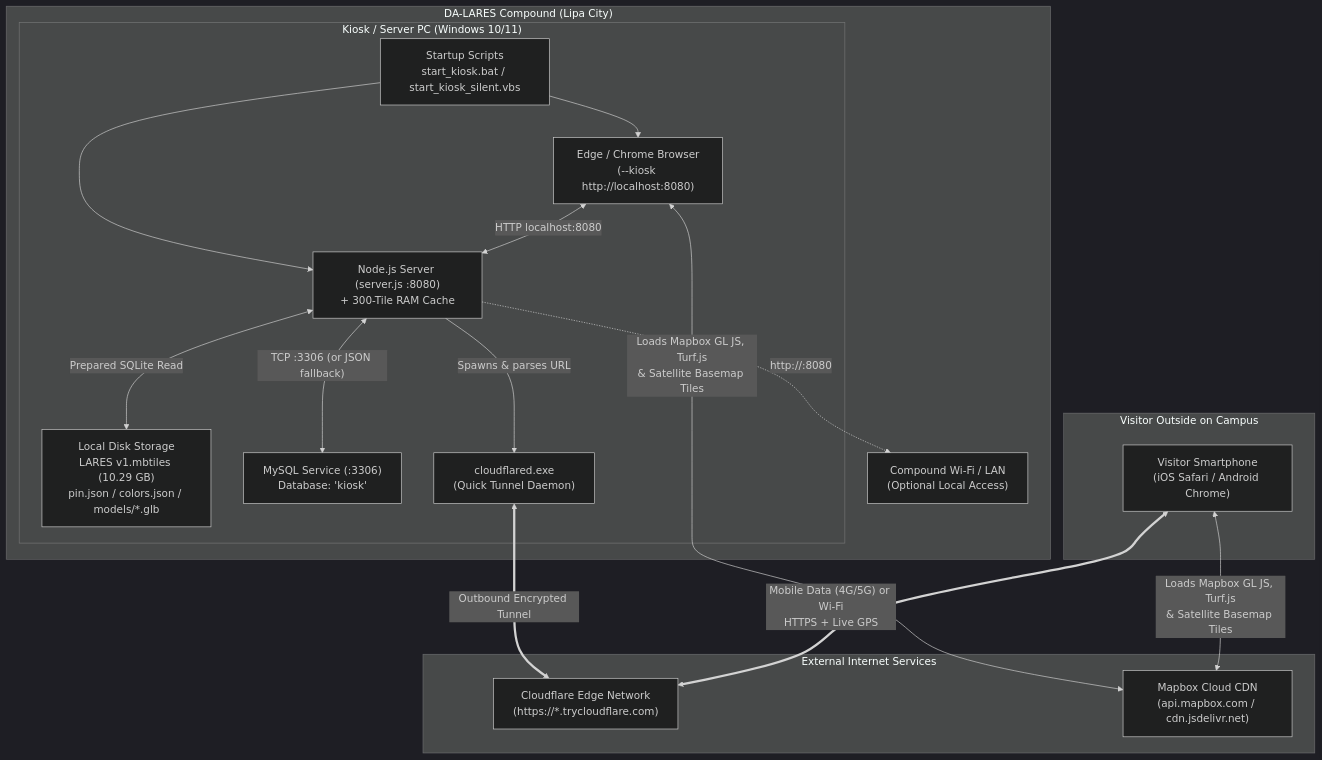
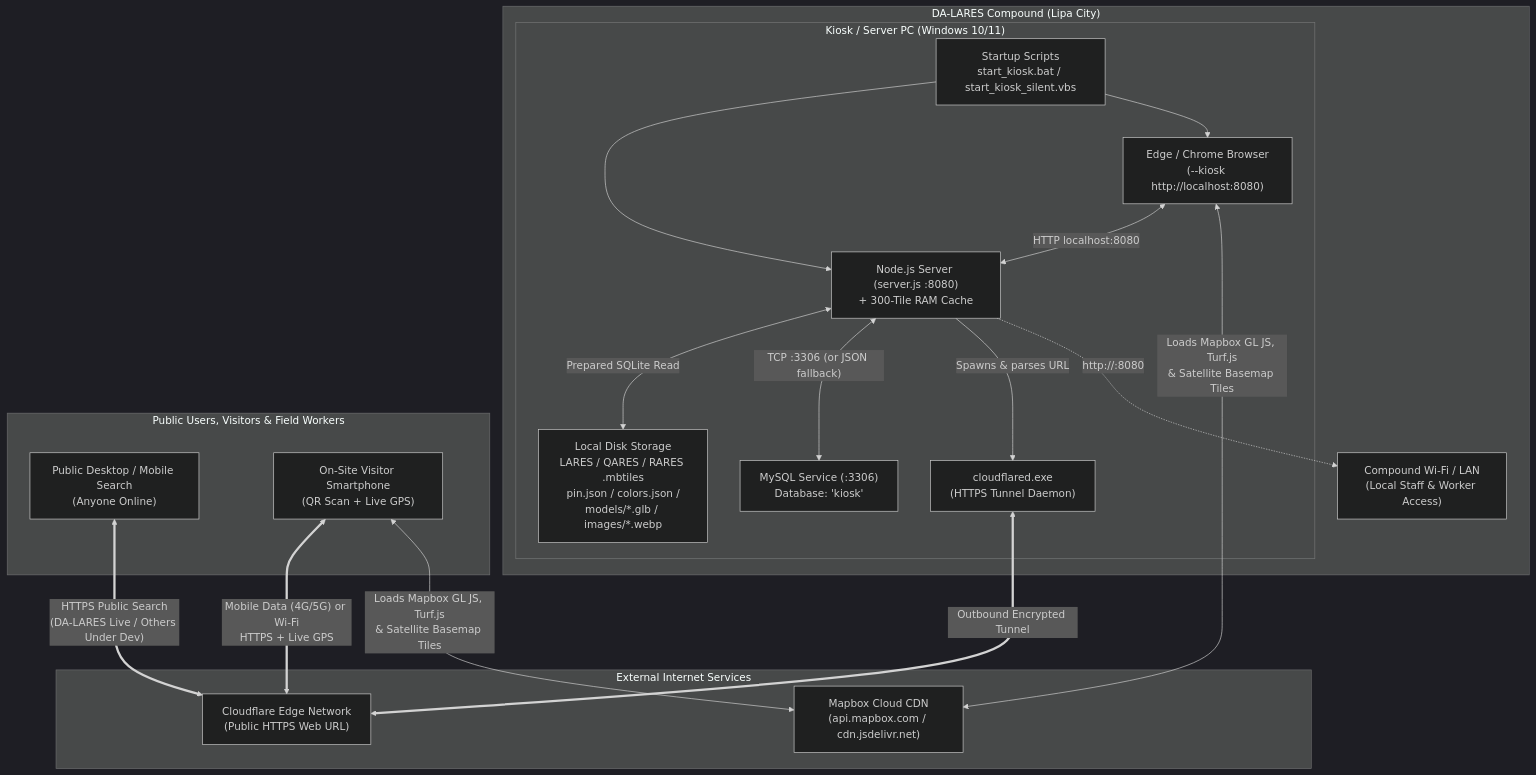
The seventh of 7 diagrams in docs/00-system-overview.md (EarthJeune/map), drawn with Mermaid (dark theme) before and after one commit. The commit also changed other lines of this file and 182 other files, not shown here.

Commit message:
Checkpoint: Multi-station Option C 3D layers, WebP images, modular CSS, MBTiles optimizer, and complete 00-06 docs

````diff
--- a/docs/00-system-overview.md
+++ b/docs/00-system-overview.md
@@ -450,37 +439,39 @@
 ```mermaid
 flowchart TD
     subgraph CompoundLAN["DA-LARES Compound (Lipa City)"]
         subgraph KioskPC["Kiosk / Server PC (Windows 10/11)"]
             Launcher["Startup Scripts\nstart_kiosk.bat / start_kiosk_silent.vbs"]
             Edge["Edge / Chrome Browser\n(--kiosk http://localhost:8080)"]
             Node["Node.js Server (server.js :8080)\n+ 300-Tile RAM Cache"]
-            SQLite["Local Disk Storage\nLARES v1.mbtiles (10.29 GB)\npin.json / colors.json / models/*.glb"]
+            SQLite["Local Disk Storage\nLARES / QARES / RARES .mbtiles\npin.json / colors.json /\nmodels/*.glb / images/*.webp"]
             MySQLLocal["MySQL Service (:3306)\nDatabase: 'kiosk'"]
-            Cloudflared["cloudflared.exe\n(Quick Tunnel Daemon)"]
+            Cloudflared["cloudflared.exe\n(HTTPS Tunnel Daemon)"]
 
             Launcher --> Node
             Launcher --> Edge
             Edge <-->|"HTTP localhost:8080"| Node
             Node <-->|"Prepared SQLite Read"| SQLite
             Node <-->|"TCP :3306 (or JSON fallback)"| MySQLLocal
             Node -->|"Spawns & parses URL"| Cloudflared
         end
 
-        WiFi["Compound Wi-Fi / LAN\n(Optional Local Access)"]
+        WiFi["Compound Wi-Fi / LAN\n(Local Staff & Worker Access)"]
         Node -.->|"http://<LAN-IP>:8080"| WiFi
     end
 
     subgraph Cloud["External Internet Services"]
-        CFTunnel["Cloudflare Edge Network\n(https://*.trycloudflare.com)"]
+        CFTunnel["Cloudflare Edge Network\n(Public HTTPS Web URL)"]
         MapboxCloud["Mapbox Cloud CDN\n(api.mapbox.com / cdn.jsdelivr.net)"]
     end
 
-    subgraph VisitorDevice["Visitor Outside on Campus"]
-        Smartphone["Visitor Smartphone\n(iOS Safari / Android Chrome)"]
+    subgraph ExternalUsers["Public Users, Visitors & Field Workers"]
+        PublicWeb["Public Desktop / Mobile Search\n(Anyone Online)"]
+        Smartphone["On-Site Visitor Smartphone\n(QR Scan + Live GPS)"]
     end
 
     Cloudflared <==>|"Outbound Encrypted Tunnel"| CFTunnel
+    PublicWeb <==>|"HTTPS Public Search\n(DA-LARES Live / Others Under Dev)"| CFTunnel
     Smartphone <==>|"Mobile Data (4G/5G) or Wi-Fi\nHTTPS + Live GPS"| CFTunnel
     Edge <-->|"Loads Mapbox GL JS, Turf.js\n& Satellite Basemap Tiles"| MapboxCloud
     Smartphone <-->|"Loads Mapbox GL JS, Turf.js\n& Satellite Basemap Tiles"| MapboxCloud
 ```
````
